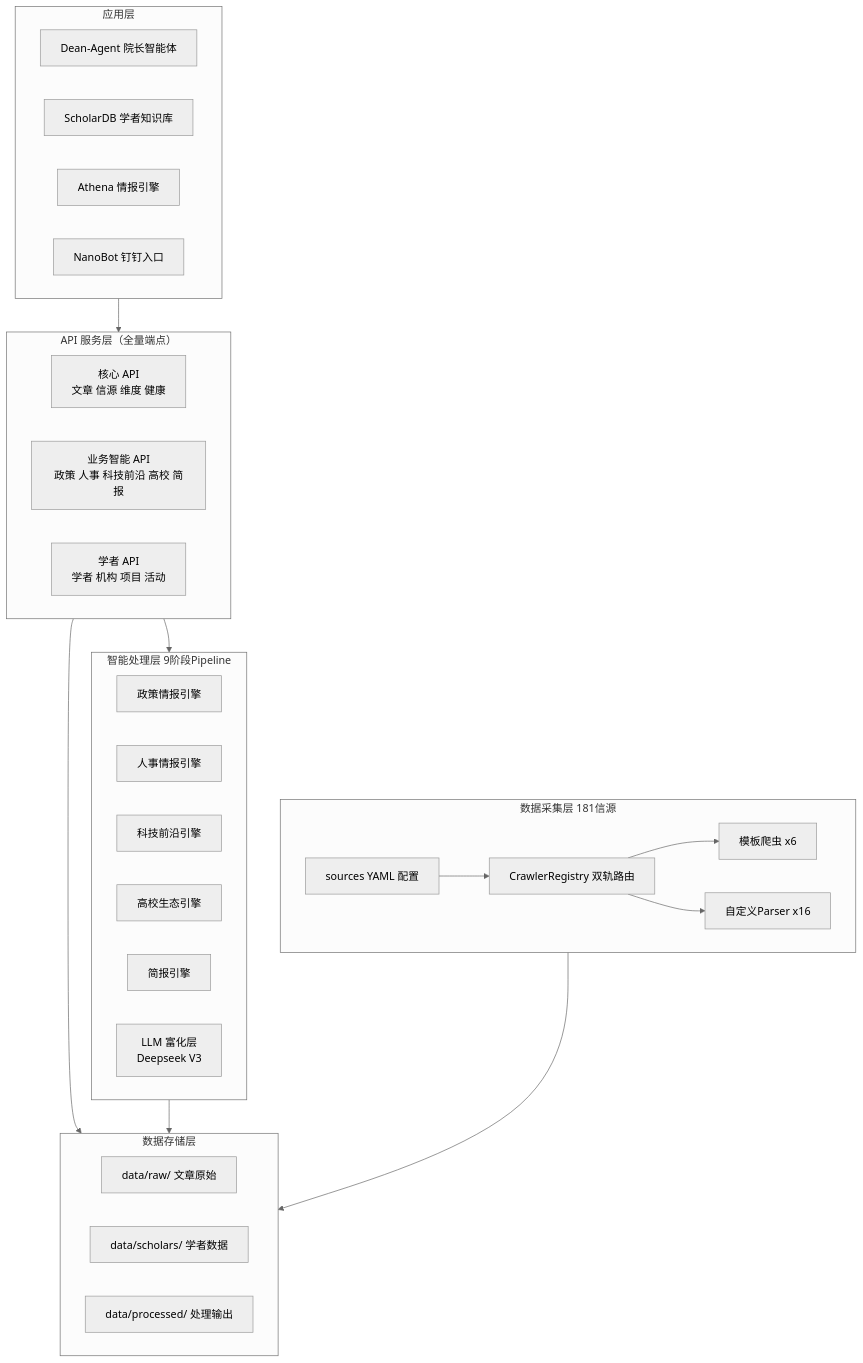
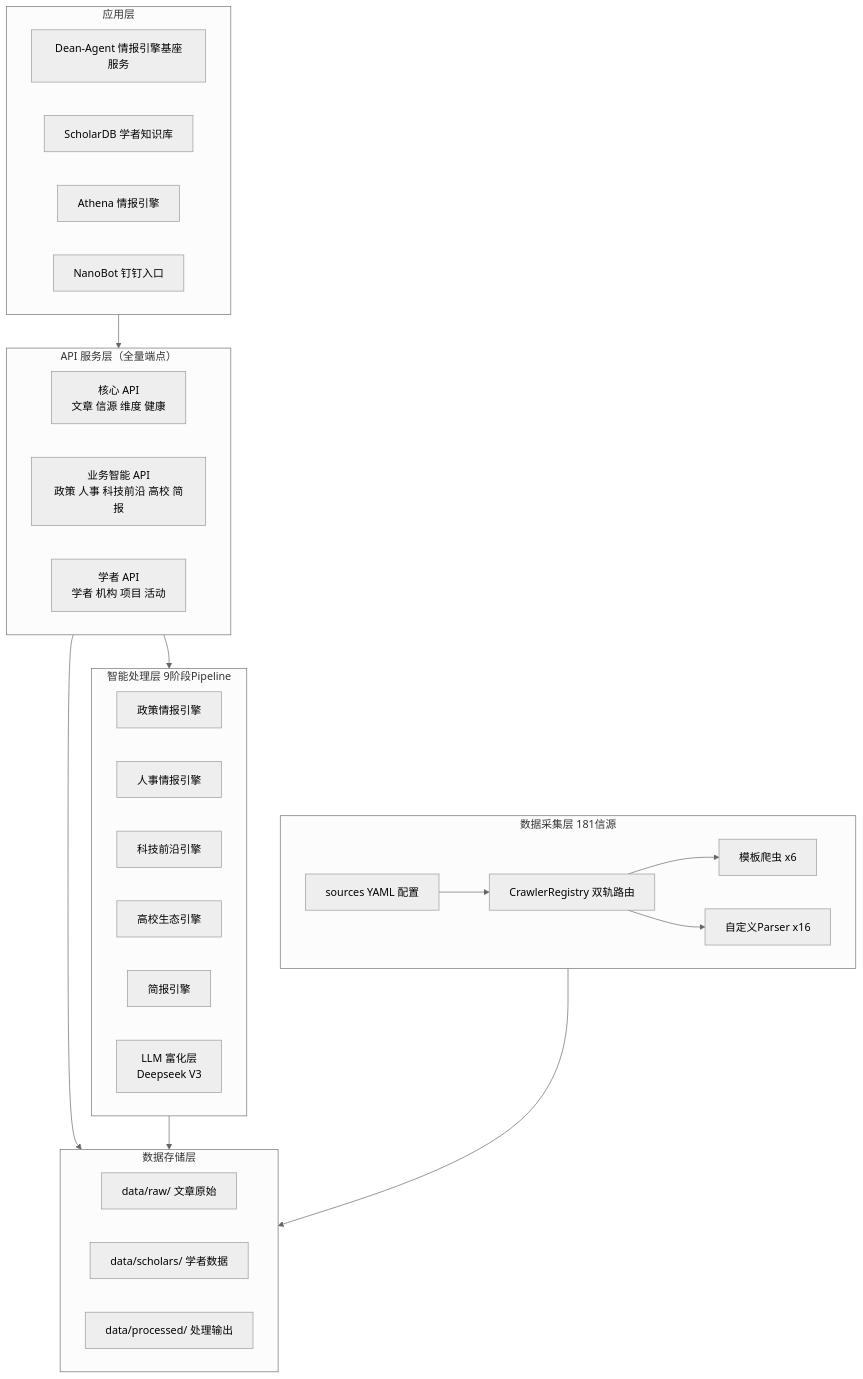
Before and after one commit to Ryder-MHumble/DeanAgent-Backend: the first of 2 diagrams in docs/architecture.md, drawn with Mermaid (neutral theme). The commit also changed other lines of this file and 127 other files, not shown here.

````diff
--- a/docs/architecture.md
+++ b/docs/architecture.md
@@ -39,44 +39,44 @@
 ```mermaid
 graph TB
     subgraph APP["应用层"]
-        DA["Dean-Agent 院长智能体"]
+        DA["Dean-Agent 情报引擎基座服务"]
         SDB["ScholarDB 学者知识库"]
         ATH["Athena 情报引擎"]
         NB["NanoBot 钉钉入口"]
     end
 
     subgraph API["API 服务层（全量端点）"]
         CORE["核心 API\n文章 信源 维度 健康"]
         INTEL["业务智能 API\n政策 人事 科技前沿 高校 简报"]
         SCHOLAR["学者 API\n学者 机构 项目 活动"]
     end
 
     subgraph PROC["智能处理层 9阶段Pipeline"]
         PE["政策情报引擎"]
         PP["人事情报引擎"]
         TE["科技前沿引擎"]
         UE["高校生态引擎"]
         BE["简报引擎"]
         LLM["LLM 富化层\nDeepseek V3"]
     end
 
     subgraph STORE["数据存储层"]
         RAW["data/raw/ 文章原始"]
         SCH["data/scholars/ 学者数据"]
         PRO["data/processed/ 处理输出"]
     end
 
     subgraph INGEST["数据采集层 181信源"]
         YAML["sources YAML 配置"]
         REG["CrawlerRegistry 双轨路由"]
         TPL["模板爬虫 x6"]
         PSR["自定义Parser x16"]
     end
 
     APP --> API
     API --> PROC
     API --> STORE
     PROC --> STORE
     INGEST --> STORE
     YAML --> REG --> TPL & PSR
 ```
````
